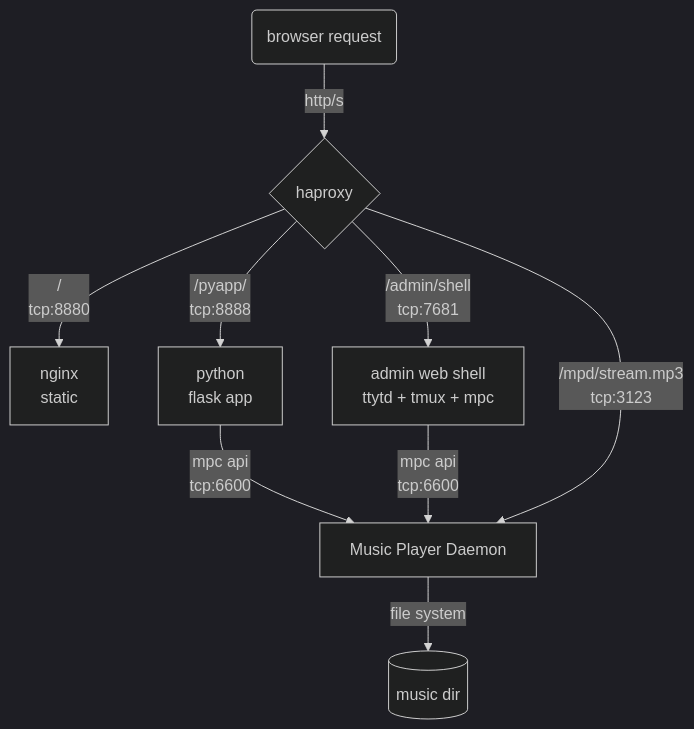
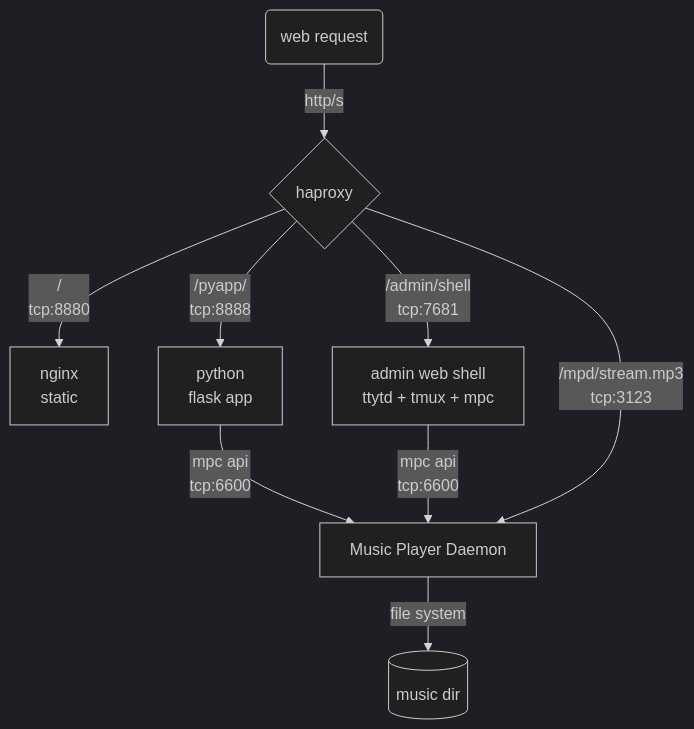
One commit to craig-m/mpcontainer changed the diagram in mpcontainer.mermaid. Above: the diagram before and after it, drawn with Mermaid (dark theme). The commit also changed 1 other file, not shown here.

```diff
--- a/mpcontainer.mermaid
+++ b/mpcontainer.mermaid
@@ -1,9 +1,9 @@
 graph TD
-    A(browser request) -->|http/s| C{haproxy}
+    A(web request) -->|http/s| C{haproxy}
     C -->|/<br>tcp:8880| D[nginx<br>static]
     C -->|/pyapp/<br>tcp:8888| E[python<br>flask app]
     E -->|mpc api<br>tcp:6600| G
     C -->|/admin/shell<br>tcp:7681| F[admin web shell<br>ttytd + tmux + mpc]
     F -->|mpc api<br>tcp:6600| G
     C -->|/mpd/stream.mp3<br>tcp:3123| G[Music Player Daemon]
     G -->|file system|J[(music dir)]
```
